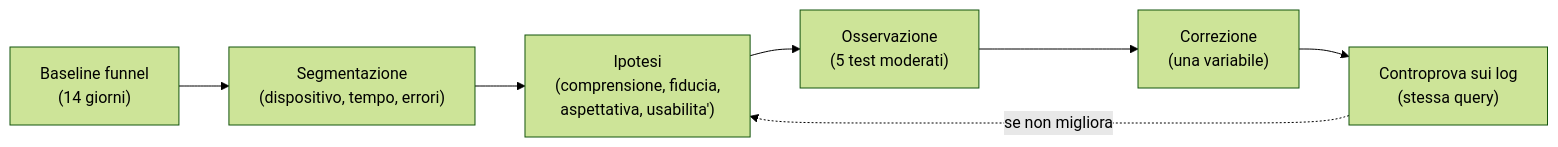
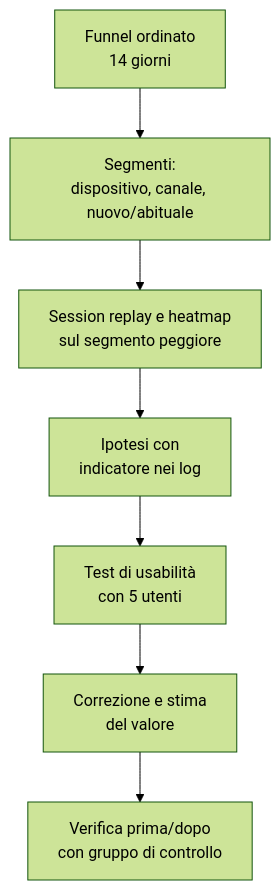
Before and after one commit to AndreyBertasini/gynnitech: the diagram in src/content/corso/analisi-prodotto/ux-research.mdx, drawn with Mermaid (forest theme). The commit also changed other lines of this file and 3 other files, not shown here.

````diff
--- a/src/content/corso/analisi-prodotto/ux-research.mdx
+++ b/src/content/corso/analisi-prodotto/ux-research.mdx
@@ -44,9 +43,9 @@
 ```mermaid
-flowchart LR
-    A["Baseline funnel<br/>(14 giorni)"] --> B["Segmentazione<br/>(dispositivo, tempo, errori)"]
-    B --> C["Ipotesi<br/>(comprensione, fiducia,<br/>aspettativa, usabilita')"]
-    C --> D["Osservazione<br/>(5 test moderati)"]
-    D --> E["Correzione<br/>(una variabile)"]
-    E --> F["Controprova sui log<br/>(stessa query)"]
-    F -.->|"se non migliora"| C
+flowchart TD
+    A["Funnel ordinato<br/>14 giorni"] --> B["Segmenti:<br/>dispositivo, canale, nuovo/abituale"]
+    B --> C["Session replay e heatmap<br/>sul segmento peggiore"]
+    C --> D["Ipotesi con<br/>indicatore nei log"]
+    D --> E["Test di usabilità<br/>con 5 utenti"]
+    E --> F["Correzione e stima<br/>del valore"]
+    F --> G["Verifica prima/dopo<br/>con gruppo di controllo"]
 ```
````
